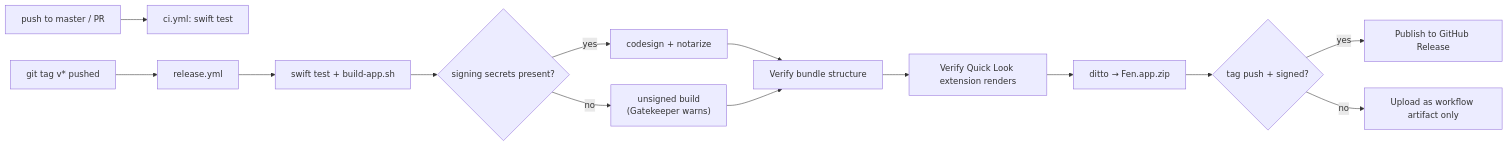
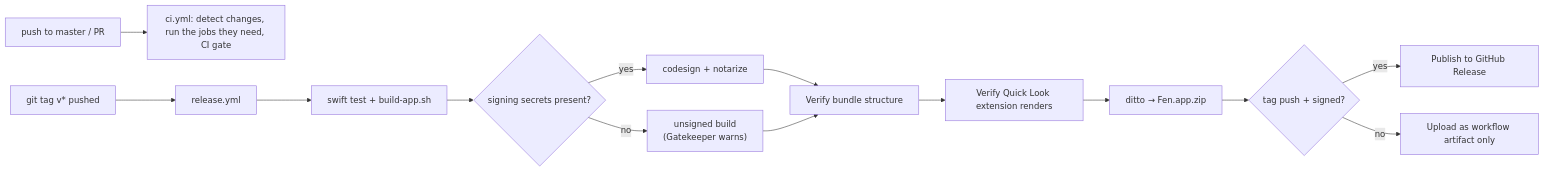
One commit to zoharbabin/fen changed the eighth of 8 diagrams in docs/ARCHITECTURE.md. Above: the diagram before and after it, drawn with Mermaid. The commit also changed other lines of this file and 6 other files, not shown here.

First line of the commit message:
Run only the CI jobs a change needs, and report on each (#221) (#222)

````diff
--- a/docs/ARCHITECTURE.md
+++ b/docs/ARCHITECTURE.md
@@ -695,16 +715,16 @@
 ```mermaid
 flowchart LR
-    Push["push to master / PR"] --> CI["ci.yml: swift test"]
+    Push["push to master / PR"] --> CI["ci.yml: detect changes, run the jobs they need, CI gate"]
     Tag["git tag v* pushed"] --> Release["release.yml"]
     Release --> Build["swift test + build-app.sh"]
     Build --> Sign{"signing secrets present?"}
     Sign -->|yes| SignApp["codesign + notarize"]
     Sign -->|no| Unsigned["unsigned build<br/>(Gatekeeper warns)"]
     SignApp --> Verify["Verify bundle structure"]
     Unsigned --> Verify
     Verify --> VerifyQL["Verify Quick Look extension renders"]
     VerifyQL --> Zip["ditto → Fen.app.zip"]
     Zip --> Publish{"tag push + signed?"}
     Publish -->|yes| GHRelease["Publish to GitHub Release"]
     Publish -->|no| Artifact["Upload as workflow artifact only"]
 ```
````
